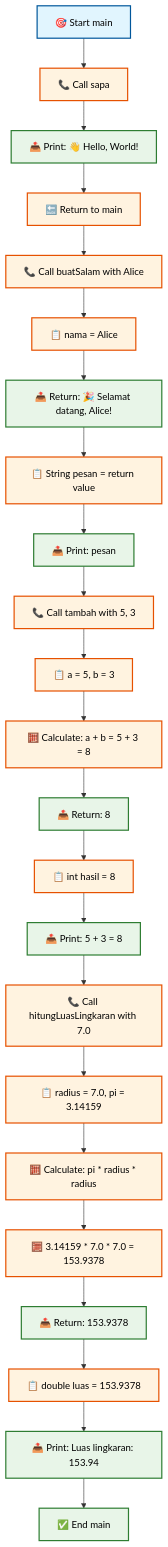
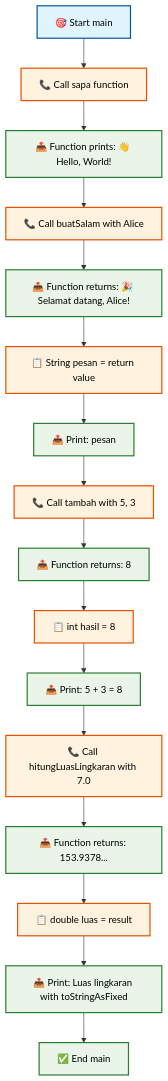
Before and after one commit to antonprafanto/flutter: the seventh of 15 diagrams in minggu2.md, drawn with Mermaid. The commit also changed other lines of this file, not shown here.

````diff
--- a/minggu2.md
+++ b/minggu2.md
@@ -517,49 +471,35 @@
 ```mermaid
 flowchart TD
-    A[🎯 Start main] --> B[📞 Call sapa]
-    B --> C[📤 Print: 👋 Hello, World!]
-    C --> D[🔙 Return to main]
-    D --> E[📞 Call buatSalam with Alice]
-    E --> F[📋 nama = Alice]
-    F --> G[📤 Return: 🎉 Selamat datang, Alice!]
-    G --> H[📋 String pesan = return value]
-    H --> I[📤 Print: pesan]
-    I --> J[📞 Call tambah with 5, 3]
-    J --> K[📋 a = 5, b = 3]
-    K --> L[🧮 Calculate: a + b = 5 + 3 = 8]
-    L --> M[📤 Return: 8]
-    M --> N[📋 int hasil = 8]
-    N --> O[📤 Print: 5 + 3 = 8]
-    O --> P[📞 Call hitungLuasLingkaran with 7.0]
-    P --> Q[📋 radius = 7.0, pi = 3.14159]
-    Q --> R[🧮 Calculate: pi * radius * radius]
-    R --> S[🧮 3.14159 * 7.0 * 7.0 = 153.9378]
-    S --> T[📤 Return: 153.9378]
-    T --> U[📋 double luas = 153.9378]
-    U --> V[📤 Print: Luas lingkaran: 153.94]
-    V --> W[✅ End main]
+    A[🎯 Start main] --> B[📞 Call sapa function]
+    B --> C[📤 Function prints: 👋 Hello, World!]
+    C --> D[📞 Call buatSalam with Alice]
+    D --> E[📤 Function returns: 🎉 Selamat datang, Alice!]
+    E --> F[📋 String pesan = return value]
+    F --> G[📤 Print: pesan]
+    G --> H[📞 Call tambah with 5, 3]
+    H --> I[📤 Function returns: 8]
+    I --> J[📋 int hasil = 8]
+    J --> K[📤 Print: 5 + 3 = 8]
+    K --> L[📞 Call hitungLuasLingkaran with 7.0]
+    L --> M[📤 Function returns: 153.9378...]
+    M --> N[📋 double luas = result]
+    N --> O[📤 Print: Luas lingkaran with toStringAsFixed]
+    O --> P[✅ End main]
     
     style A fill:#e1f5fe,stroke:#01579b,stroke-width:2px,color:#000
     style B fill:#fff3e0,stroke:#e65100,stroke-width:2px,color:#000
     style C fill:#e8f5e8,stroke:#2e7d32,stroke-width:2px,color:#000
     style D fill:#fff3e0,stroke:#e65100,stroke-width:2px,color:#000
-    style E fill:#fff3e0,stroke:#e65100,stroke-width:2px,color:#000
+    style E fill:#e8f5e8,stroke:#2e7d32,stroke-width:2px,color:#000
     style F fill:#fff3e0,stroke:#e65100,stroke-width:2px,color:#000
     style G fill:#e8f5e8,stroke:#2e7d32,stroke-width:2px,color:#000
     style H fill:#fff3e0,stroke:#e65100,stroke-width:2px,color:#000
     style I fill:#e8f5e8,stroke:#2e7d32,stroke-width:2px,color:#000
     style J fill:#fff3e0,stroke:#e65100,stroke-width:2px,color:#000
-    style K fill:#fff3e0,stroke:#e65100,stroke-width:2px,color:#000
+    style K fill:#e8f5e8,stroke:#2e7d32,stroke-width:2px,color:#000
     style L fill:#fff3e0,stroke:#e65100,stroke-width:2px,color:#000
     style M fill:#e8f5e8,stroke:#2e7d32,stroke-width:2px,color:#000
     style N fill:#fff3e0,stroke:#e65100,stroke-width:2px,color:#000
     style O fill:#e8f5e8,stroke:#2e7d32,stroke-width:2px,color:#000
-    style P fill:#fff3e0,stroke:#e65100,stroke-width:2px,color:#000
-    style Q fill:#fff3e0,stroke:#e65100,stroke-width:2px,color:#000
-    style R fill:#fff3e0,stroke:#e65100,stroke-width:2px,color:#000
-    style S fill:#fff3e0,stroke:#e65100,stroke-width:2px,color:#000
-    style T fill:#e8f5e8,stroke:#2e7d32,stroke-width:2px,color:#000
-    style U fill:#fff3e0,stroke:#e65100,stroke-width:2px,color:#000
-    style V fill:#e8f5e8,stroke:#2e7d32,stroke-width:2px,color:#000
-    style W fill:#e8f5e8,stroke:#2e7d32,stroke-width:2px,color:#000
+    style P fill:#e8f5e8,stroke:#2e7d32,stroke-width:2px,color:#000
 ```
````
